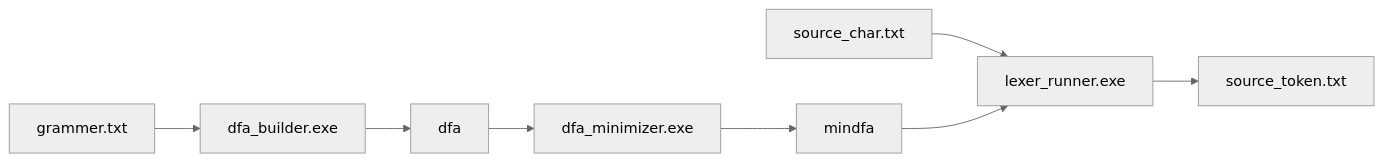
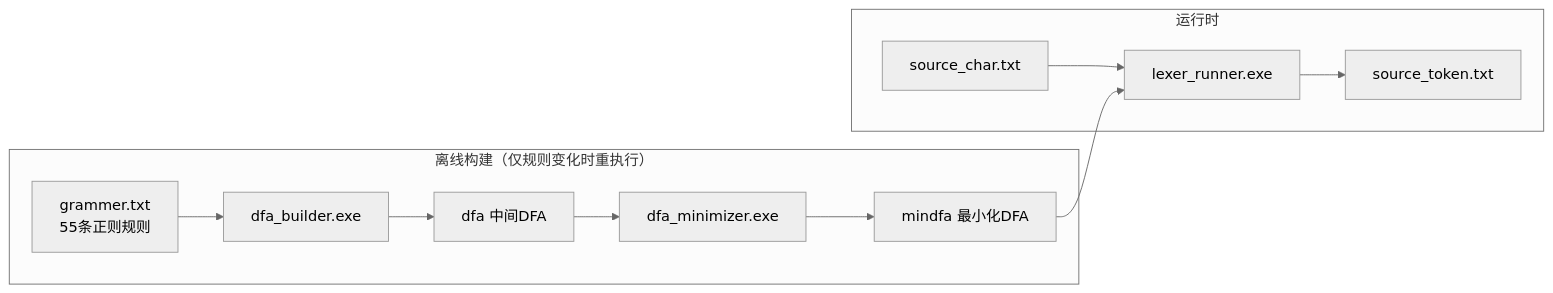
The first of 3 diagrams in Experiment/Lexer/实验报告_词法分析器.md (Kerwin07/Compiler-Theory), drawn with Mermaid (neutral theme) before and after one commit. The commit also changed other lines of this file and 26 other files, not shown here.

````diff
--- a/Experiment/Lexer/实验报告_词法分析器.md
+++ b/Experiment/Lexer/实验报告_词法分析器.md
@@ -28,10 +56,14 @@
 ```mermaid
 flowchart LR
-    A[grammer.txt] --> B[dfa_builder.exe]
-    B --> C[dfa]
-    C --> D[dfa_minimizer.exe]
-    D --> E[mindfa]
-    F[source_char.txt] --> G[lexer_runner.exe]
-    E --> G
-    G --> H[source_token.txt]
+    subgraph "离线构建（仅规则变化时重执行）"
+        A[grammer.txt<br/>55条正则规则] --> B[dfa_builder.exe]
+        B --> C[dfa 中间DFA]
+        C --> D[dfa_minimizer.exe]
+        D --> E[mindfa 最小化DFA]
+    end
+    subgraph "运行时"
+        F[source_char.txt] --> G[lexer_runner.exe]
+        E --> G
+        G --> H[source_token.txt]
+    end
 ```
````
